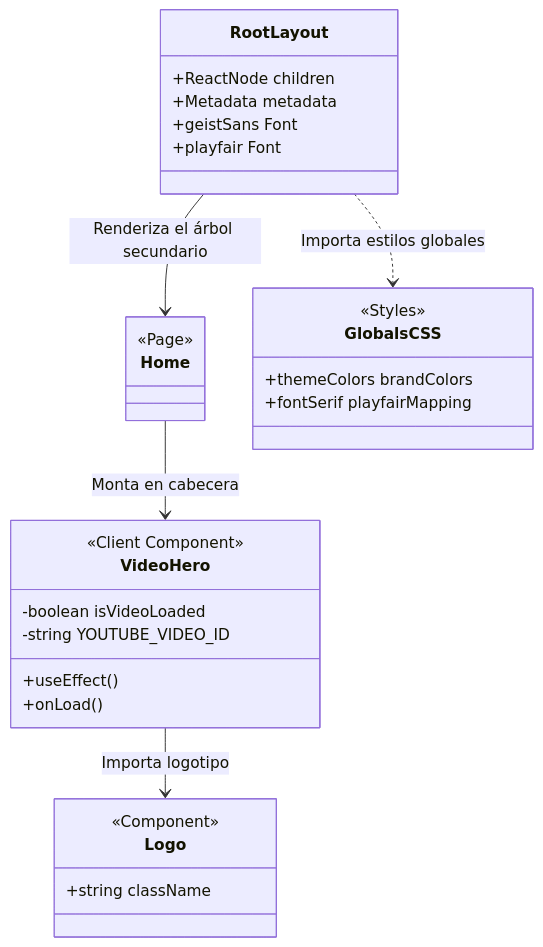
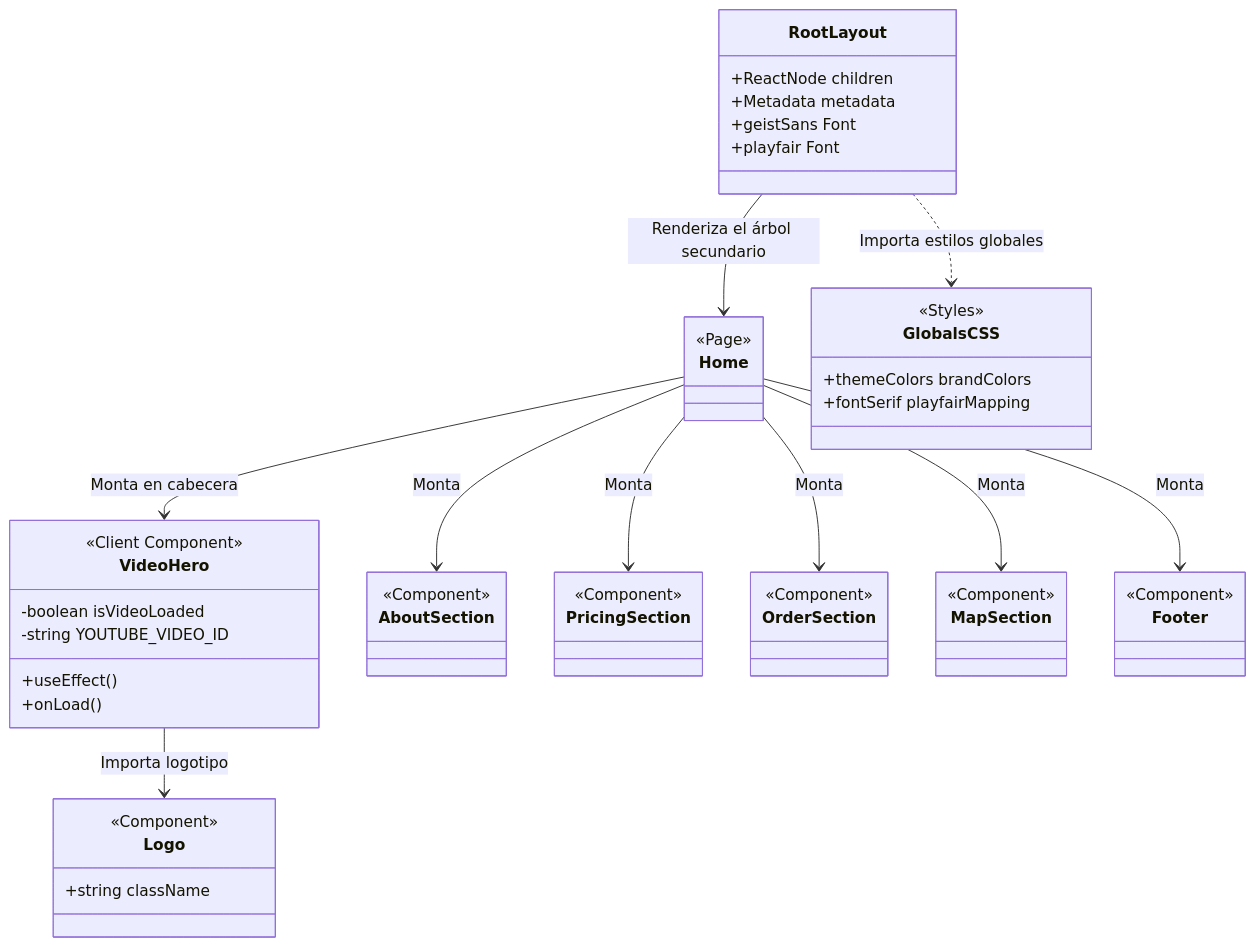
The first of 2 diagrams in blueberryblessings/docs/02_guia_arquitectonica.md (gabrielnino/blueberryblessings), drawn with Mermaid before and after one commit. The commit also changed other lines of this file and 7 other files, not shown here.

````diff
--- a/blueberryblessings/docs/02_guia_arquitectonica.md
+++ b/blueberryblessings/docs/02_guia_arquitectonica.md
@@ -66,33 +100,53 @@
 ```mermaid
 classDiagram
     class RootLayout {
         +ReactNode children
         +Metadata metadata
         +geistSans Font
         +playfair Font
     }
     class Home {
         <<Page>>
     }
     class VideoHero {
         <<Client Component>>
         -boolean isVideoLoaded
         -string YOUTUBE_VIDEO_ID
         +useEffect()
         +onLoad()
     }
     class Logo {
         <<Component>>
         +string className
     }
+    class AboutSection {
+        <<Component>>
+    }
+    class PricingSection {
+        <<Component>>
+    }
+    class OrderSection {
+        <<Component>>
+    }
+    class MapSection {
+        <<Component>>
+    }
+    class Footer {
+        <<Component>>
+    }
     class GlobalsCSS {
         <<Styles>>
         +themeColors brandColors
         +fontSerif playfairMapping
     }
     
     RootLayout ..> GlobalsCSS : Importa estilos globales
     RootLayout --> Home : Renderiza el árbol secundario
     Home --> VideoHero : Monta en cabecera
+    Home --> AboutSection : Monta
+    Home --> PricingSection : Monta
+    Home --> OrderSection : Monta
+    Home --> MapSection : Monta
+    Home --> Footer : Monta
     VideoHero --> Logo : Importa logotipo
 ```
````
